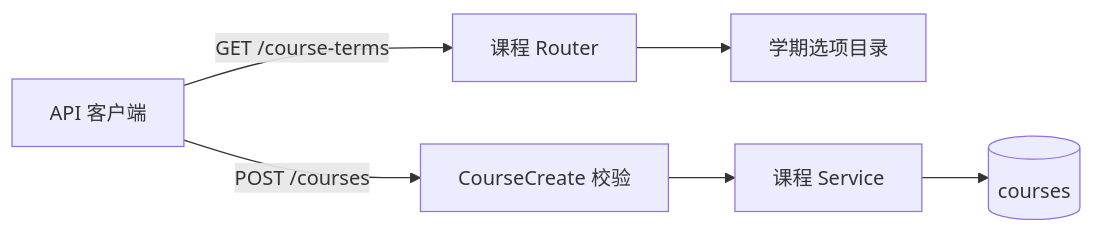
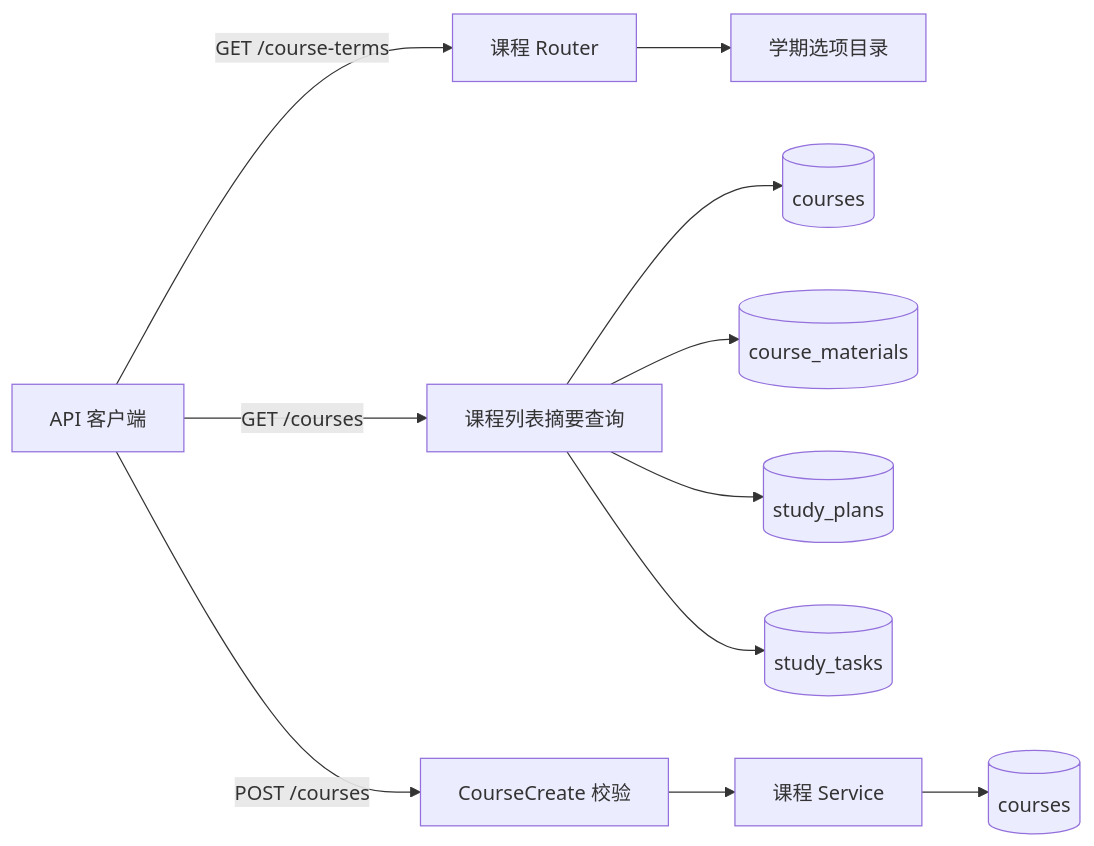
Before and after one commit to cyruan815/CourseNexus: the diagram in docs/domains/courses/index.md, drawn with Mermaid. The commit also changed other lines of this file and 10 other files, not shown here.

````diff
--- a/docs/domains/courses/index.md
+++ b/docs/domains/courses/index.md
@@ -92,8 +96,13 @@
 ```mermaid
 flowchart LR
     Client["API 客户端"] -->|GET /course-terms| API["课程 Router"]
     API --> Catalog["学期选项目录"]
+    Client -->|GET /courses| List["课程列表摘要查询"]
+    List --> Course[("courses")]
+    List --> Material[("course_materials")]
+    List --> Plan[("study_plans")]
+    List --> Task[("study_tasks")]
     Client -->|POST /courses| Schema["CourseCreate 校验"]
     Schema --> Service["课程 Service"]
     Service --> DB[("courses")]
 ```
````
